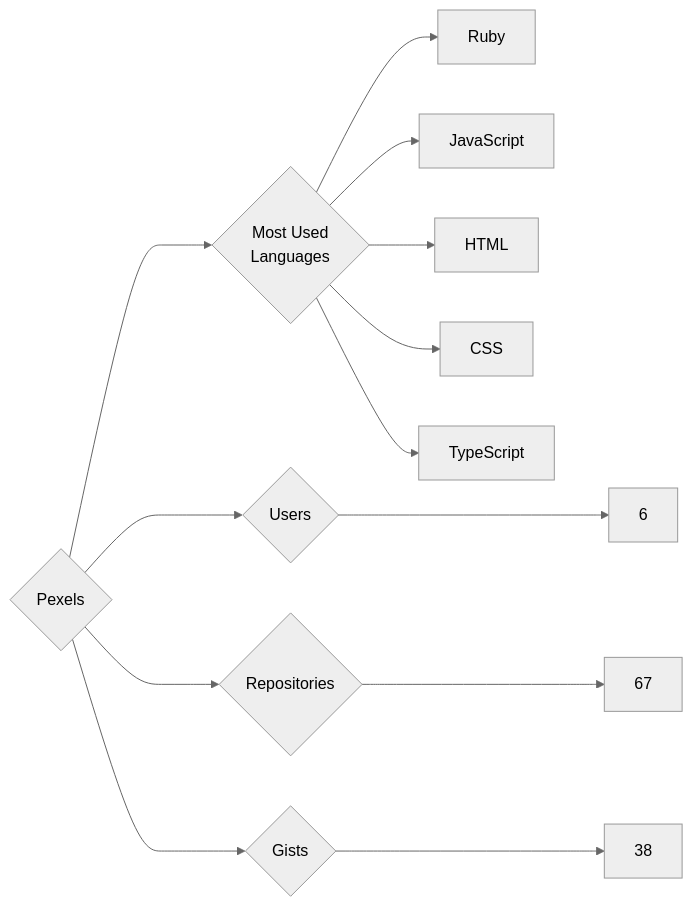
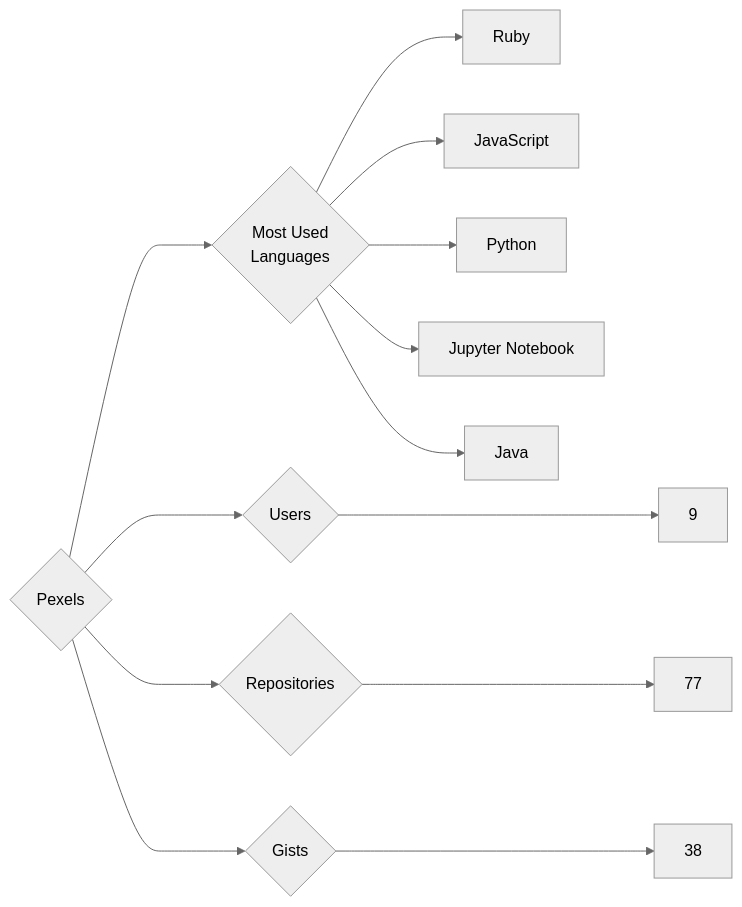
One commit to trickest/insiders changed the diagram in targets/Pexels/README.md. Above: the diagram before and after it, drawn with Mermaid (neutral theme). The commit also changed 948 other files, not shown here.

````diff
--- a/targets/Pexels/README.md
+++ b/targets/Pexels/README.md
@@ -3,13 +3,13 @@
 ```mermaid
 graph LR
 COMPANY_NAME{Pexels}
-COMPANY_NAME ---> U{Users} ---> UN[6]
-COMPANY_NAME ---> R{Repositories} ---> RN[67]
+COMPANY_NAME ---> U{Users} ---> UN[9]
+COMPANY_NAME ---> R{Repositories} ---> RN[77]
 COMPANY_NAME ---> G{Gists} ---> GN[38]
 COMPANY_NAME ---> ML{Most Used<br>Languages}
 ML --> Ruby[Ruby]
 ML --> JavaScript[JavaScript]
-ML --> HTML[HTML]
-ML --> CSS[CSS]
-ML --> TypeScript[TypeScript]
+ML --> Python[Python]
+ML --> Jupyter_Notebook[Jupyter Notebook]
+ML --> Java[Java]
 ```
````
